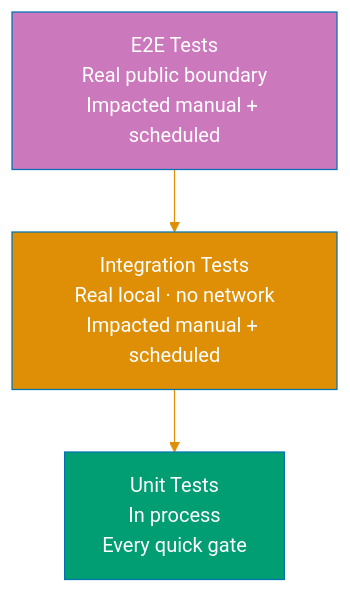
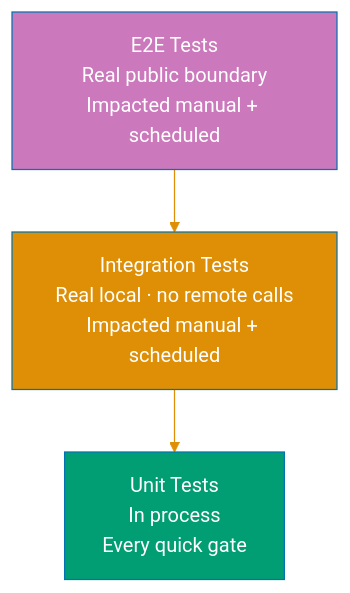
The second of 2 diagrams in docs/explanation/software-engineering/programming-languages/typescript/testing.md (wahidyankf/open-sharia-fintech), drawn with Mermaid before and after one commit. The commit also changed other lines of this file and 44 other files, not shown here.

````diff
--- a/docs/explanation/software-engineering/programming-languages/typescript/testing.md
+++ b/docs/explanation/software-engineering/programming-languages/typescript/testing.md
@@ -56,14 +56,14 @@
 ```mermaid
 %%{init: {'theme':'base', 'themeVariables': { 'primaryColor':'#0173B2','primaryTextColor':'#000','primaryBorderColor':'#0173B2','lineColor':'#DE8F05','secondaryColor':'#029E73','tertiaryColor':'#CC78BC','fontSize':'16px'}}}%%
 flowchart TD
     A[E2E Tests\nReal public boundary\nImpacted manual + scheduled]
-    B[Integration Tests\nReal local · no network\nImpacted manual + scheduled]
+    B[Integration Tests\nReal local · no remote calls\nImpacted manual + scheduled]
     C[Unit Tests\nIn process\nEvery quick gate]
 
     A --> B
     B --> C
 
     style A fill:#CC78BC,color:#fff
     style B fill:#DE8F05,color:#fff
     style C fill:#029E73,color:#fff
 ```
````
